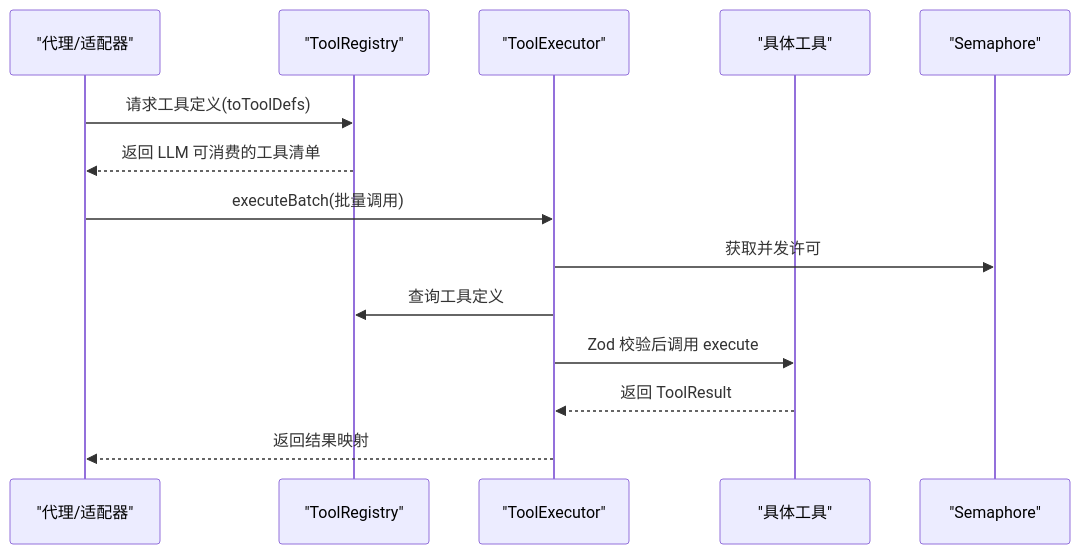
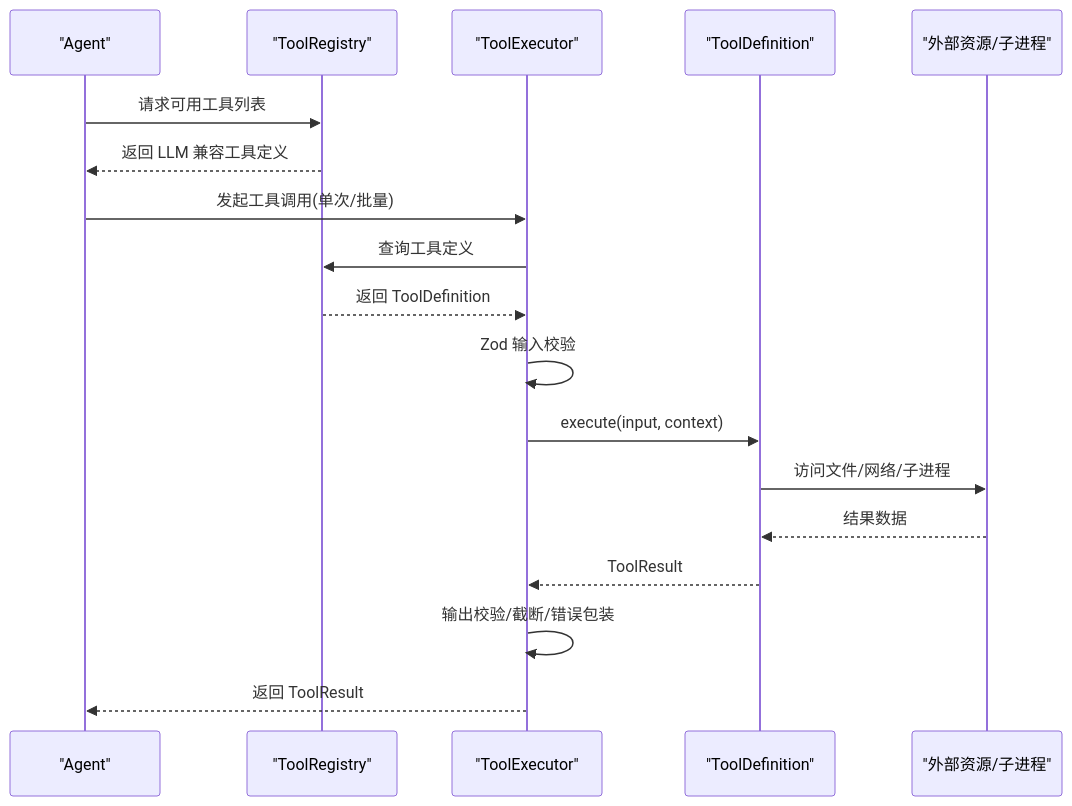
Before and after one commit to haolange/open-multi-agent: the second of 6 diagrams in .qoder/repowiki/zh/content/工具系统/工具系统.md, drawn with Mermaid. The commit also changed other lines of this file and 100 other files, not shown here.

````diff
--- a/.qoder/repowiki/zh/content/工具系统/工具系统.md
+++ b/.qoder/repowiki/zh/content/工具系统/工具系统.md
@@ -117,16 +132,20 @@
 ```mermaid
 sequenceDiagram
-participant Agent as "代理/适配器"
+participant Agent as "Agent"
 participant Reg as "ToolRegistry"
 participant Exec as "ToolExecutor"
-participant Tool as "具体工具"
-participant Sem as "Semaphore"
-Agent->>Reg : 请求工具定义(toToolDefs)
-Reg-->>Agent : 返回 LLM 可消费的工具清单
-Agent->>Exec : executeBatch(批量调用)
-Exec->>Sem : 获取并发许可
+participant Tool as "ToolDefinition"
+participant OS as "外部资源/子进程"
+Agent->>Reg : 请求可用工具列表
+Reg-->>Agent : 返回 LLM 兼容工具定义
+Agent->>Exec : 发起工具调用(单次/批量)
 Exec->>Reg : 查询工具定义
-Exec->>Tool : Zod 校验后调用 execute
-Tool-->>Exec : 返回 ToolResult
-Exec-->>Agent : 返回结果映射
+Reg-->>Exec : 返回 ToolDefinition
+Exec->>Exec : Zod 输入校验
+Exec->>Tool : execute(input, context)
+Tool->>OS : 访问文件/网络/子进程
+OS-->>Tool : 结果数据
+Tool-->>Exec : ToolResult
+Exec->>Exec : 输出校验/截断/错误包装
+Exec-->>Agent : 返回 ToolResult
 ```
````
